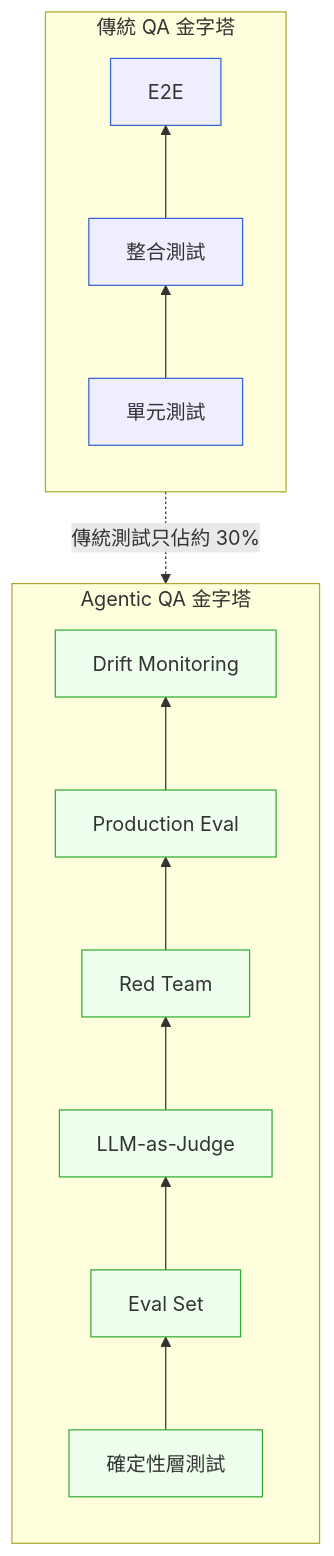
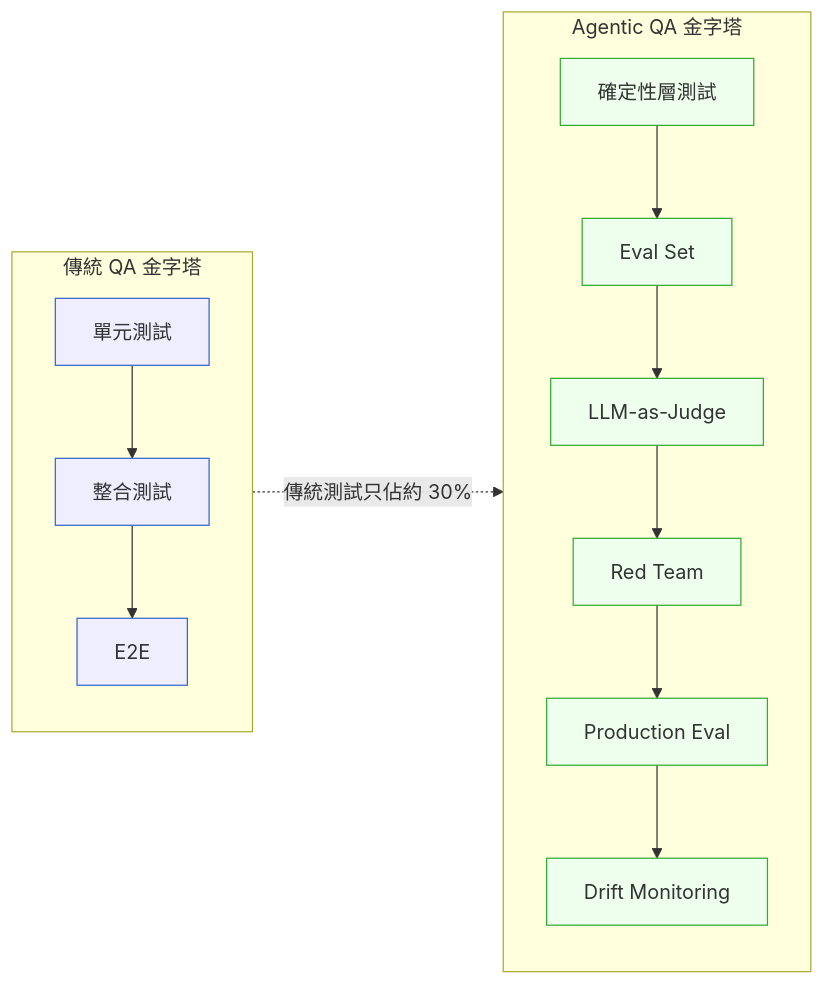
Before and after one commit to EddyKuo/sa-sd-playbook: the first of 2 diagrams in book/part-07-ai-era/chB-agentic-qa.md, drawn with Mermaid. The commit also changed other lines of this file and 12 other files, not shown here.

````diff
--- a/book/part-07-ai-era/chB-agentic-qa.md
+++ b/book/part-07-ai-era/chB-agentic-qa.md
@@ -37,17 +37,15 @@
 ```mermaid
-flowchart TB
+flowchart LR
     subgraph Old[傳統 QA 金字塔]
-      direction BT
       U[單元測試] --> I[整合測試] --> E2E[E2E]
     end
     subgraph New[Agentic QA 金字塔]
-      direction BT
       Det[確定性層測試] --> Eval[Eval Set] --> Judge[LLM-as-Judge] --> Red[Red Team] --> ProdEval[Production Eval] --> Drift[Drift Monitoring]
     end
     Old -.傳統測試只佔約 30%.-> New
 
     classDef cold fill:#eef,stroke:#36c
     classDef goal fill:#efe,stroke:#3a3
     class U,I,E2E cold
     class Det,Eval,Judge,Red,ProdEval,Drift goal
 ```
````
